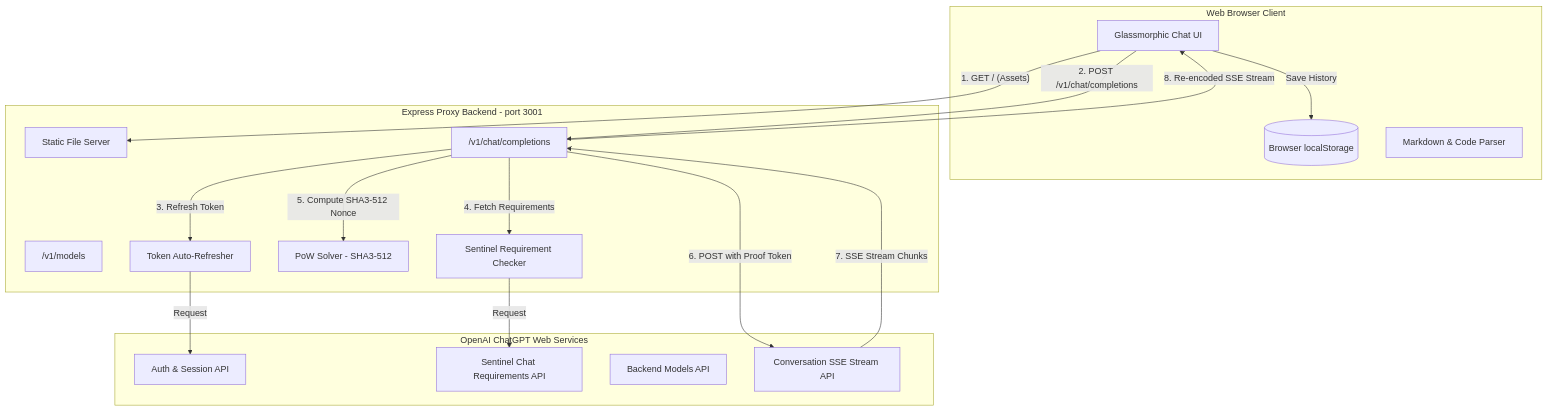
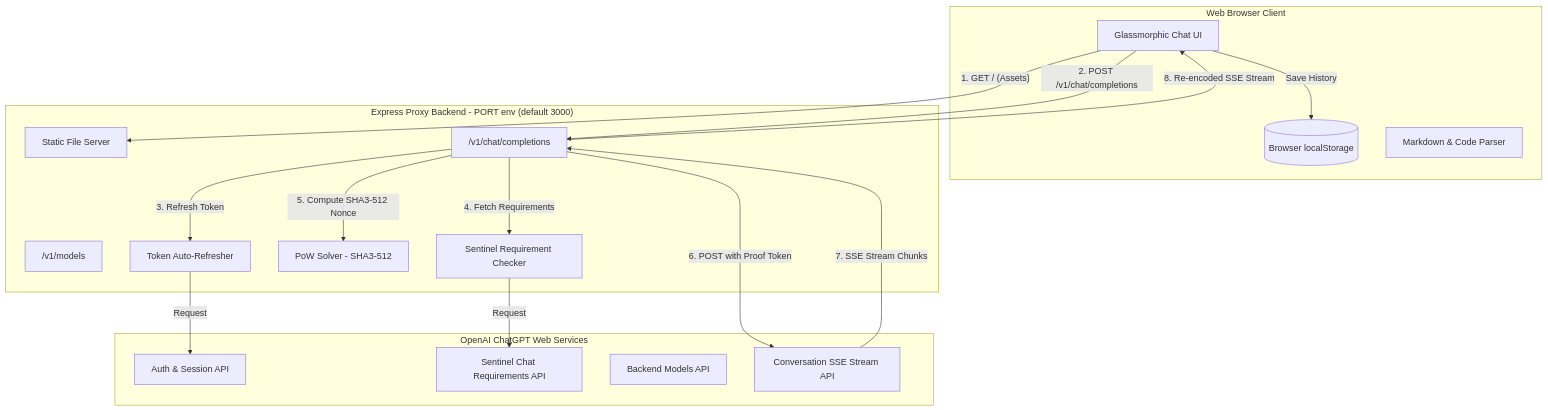
The diagram in DOCUMENTATION.md (utksh1/conduit), drawn with Mermaid before and after one commit. The commit also changed other lines of this file, not shown here.

````diff
--- a/DOCUMENTATION.md
+++ b/DOCUMENTATION.md
@@ -15,36 +15,36 @@
 ```mermaid
 flowchart TD
     subgraph Browser["Web Browser Client"]
         UI[Glassmorphic Chat UI]
         LS[(Browser localStorage)]
         MD[Markdown & Code Parser]
     end
 
-    subgraph Proxy["Express Proxy Backend - port 3001"]
+    subgraph Proxy["Express Proxy Backend - PORT env (default 3000)"]
         Static[Static File Server]
         Completions["/v1/chat/completions"]
         Models["/v1/models"]
         Sentinel[Sentinel Requirement Checker]
         PoW["PoW Solver - SHA3-512"]
         Auth[Token Auto-Refresher]
     end
 
     subgraph Upstream["OpenAI ChatGPT Web Services"]
         AuthAPI[Auth & Session API]
         SentinelAPI[Sentinel Chat Requirements API]
         ModelsAPI[Backend Models API]
         ConvAPI[Conversation SSE Stream API]
     end
 
     UI -->|"1. GET / (Assets)"| Static
     UI -->|"2. POST /v1/chat/completions"| Completions
     Completions -->|"3. Refresh Token"| Auth
     Auth -->|Request| AuthAPI
     Completions -->|"4. Fetch Requirements"| Sentinel
     Sentinel -->|Request| SentinelAPI
     Completions -->|"5. Compute SHA3-512 Nonce"| PoW
     Completions -->|"6. POST with Proof Token"| ConvAPI
     ConvAPI -->|"7. SSE Stream Chunks"| Completions
     Completions -->|"8. Re-encoded SSE Stream"| UI
     UI -->|Save History| LS
 ```
````
